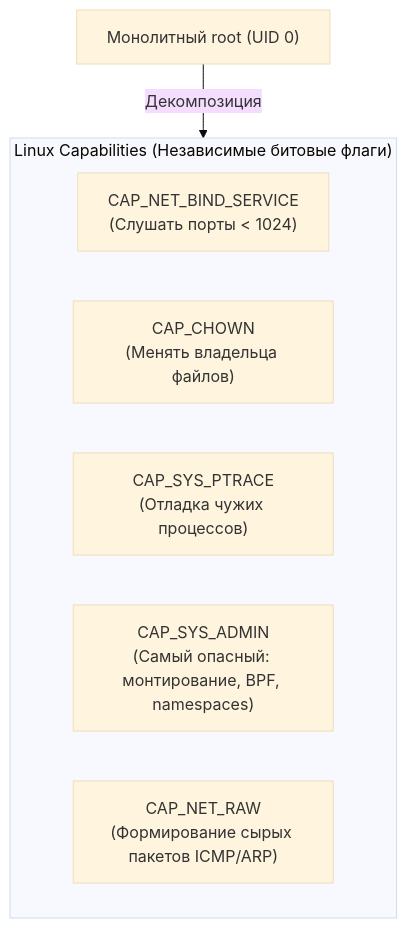
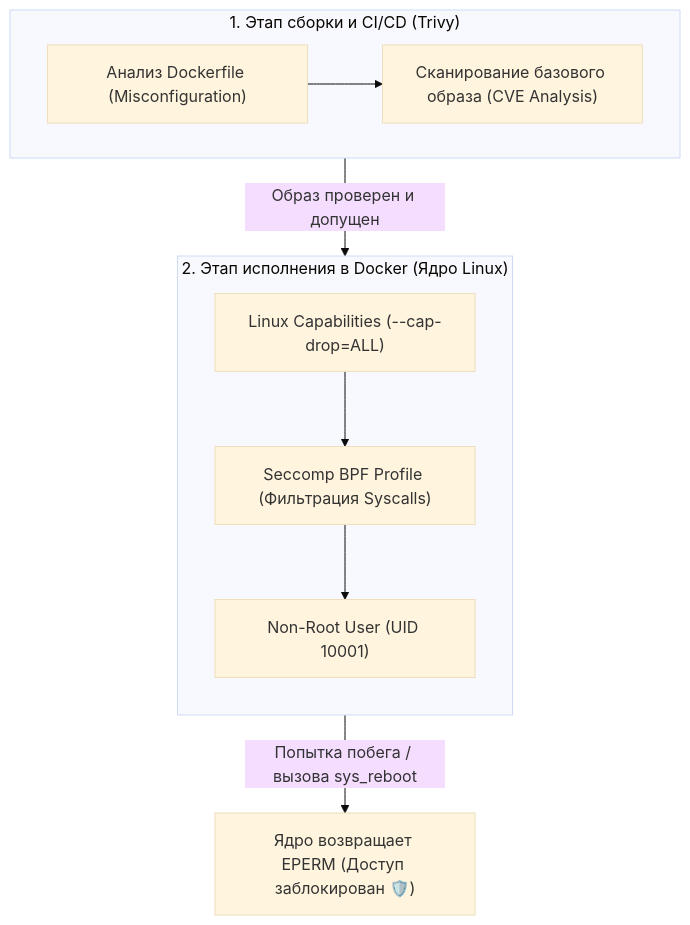
The first of 2 diagrams in content/courses/docker-security/02-seccomp-capabilities-and-trivy.md (AndreyJVM/portfolio-service), drawn with Mermaid (base theme) before and after one commit. The commit also changed other lines of this file and 5 other files, not shown here.

````diff
--- a/content/courses/docker-security/02-seccomp-capabilities-and-trivy.md
+++ b/content/courses/docker-security/02-seccomp-capabilities-and-trivy.md
@@ -22,14 +22,20 @@
 ```mermaid
 flowchart TD
-    Root["Монолитный root (UID 0)"]
-    
-    subgraph Caps["Linux Capabilities (Независимые битовые флаги)"]
-        CAP_NET["CAP_NET_BIND_SERVICE\n(Слушать порты < 1024)"]
-        CAP_CHOWN["CAP_CHOWN\n(Менять владельца файлов)"]
-        CAP_PTRACE["CAP_SYS_PTRACE\n(Отладка чужих процессов)"]
-        CAP_ADMIN["CAP_SYS_ADMIN\n(Самый опасный: монтирование, BPF, namespaces)"]
-        CAP_RAW["CAP_NET_RAW\n(Формирование сырых пакетов ICMP/ARP)"]
+    subgraph BuildTime["1. Этап сборки и CI/CD (Trivy)"]
+        ScanCode["Анализ Dockerfile (Misconfiguration)"]
+        ScanCVE["Сканирование базового образа (CVE Analysis)"]
+        ScanCode --> ScanCVE
     end
-    
-    Root -->|Декомпозиция| Caps
+
+    subgraph Runtime["2. Этап исполнения в Docker (Ядро Linux)"]
+        direction TB
+        Caps["Linux Capabilities (--cap-drop=ALL)"]
+        Seccomp["Seccomp BPF Profile (Фильтрация Syscalls)"]
+        User["Non-Root User (UID 10001)"]
+        Caps --> Seccomp
+        Seccomp --> User
+    end
+
+    BuildTime -->|"Образ проверен и допущен"| Runtime
+    Runtime -->|"Попытка побега / вызова sys_reboot"| Blocked["Ядро возвращает EPERM (Доступ заблокирован 🛡️)"]
 ```
````
